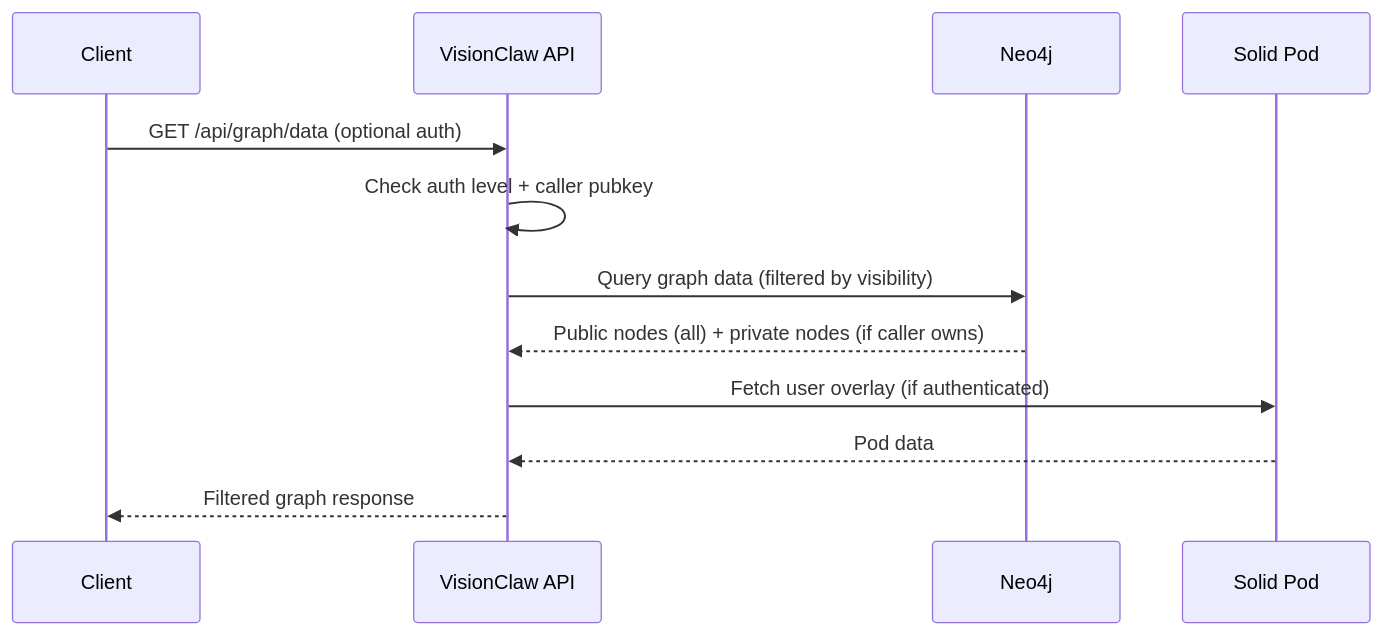
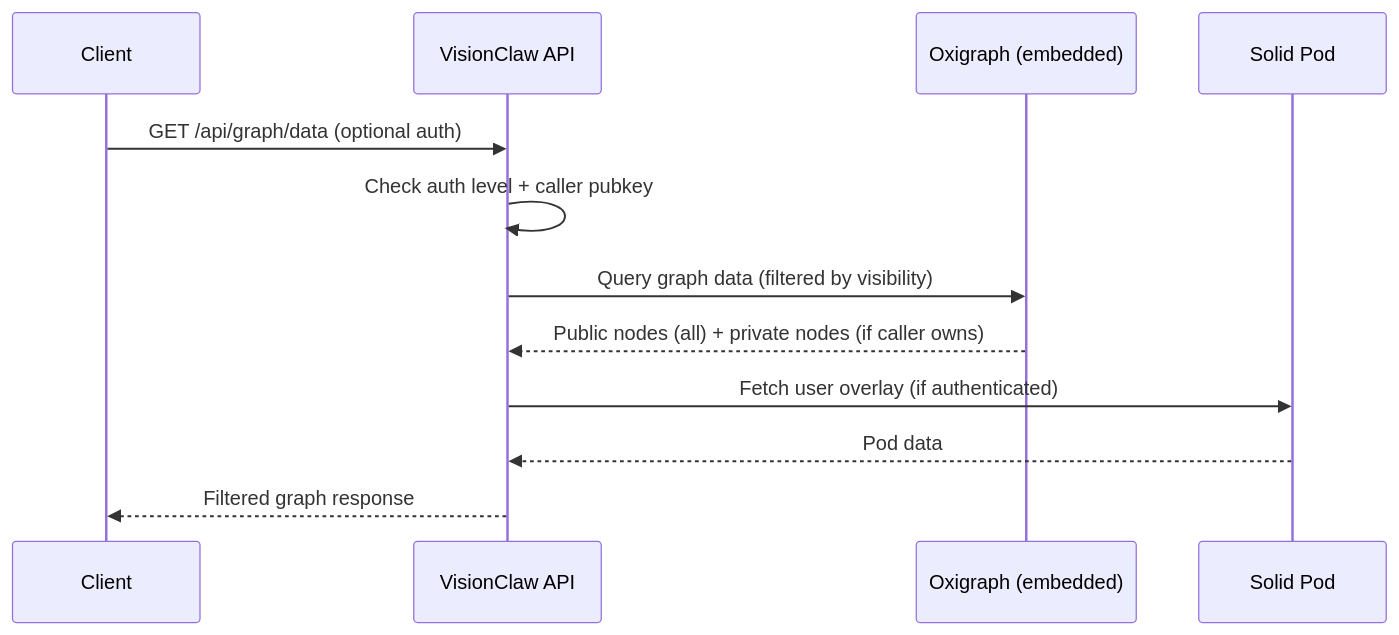
The second of 2 diagrams in docs/reference/rest-api.md (shaneholloman/logseq-spring-thing), drawn with Mermaid before and after one commit. The commit also changed other lines of this file and 58 other files, not shown here.

First line of the commit message:
docs: Neo4j→Oxigraph + webxr→visionclaw alignment, physics controls, health probes

````diff
--- a/docs/reference/rest-api.md
+++ b/docs/reference/rest-api.md
@@ -211,15 +211,15 @@
 ```mermaid
 sequenceDiagram
     participant Client
     participant API as VisionClaw API
-    participant Neo4j
+    participant Oxigraph as Oxigraph (embedded)
     participant Solid as Solid Pod
 
     Client->>API: GET /api/graph/data (optional auth)
     API->>API: Check auth level + caller pubkey
-    API->>Neo4j: Query graph data (filtered by visibility)
-    Neo4j-->>API: Public nodes (all) + private nodes (if caller owns)
+    API->>Oxigraph: Query graph data (filtered by visibility)
+    Oxigraph-->>API: Public nodes (all) + private nodes (if caller owns)
     API->>Solid: Fetch user overlay (if authenticated)
     Solid-->>API: Pod data
     API-->>Client: Filtered graph response
 ```
````
